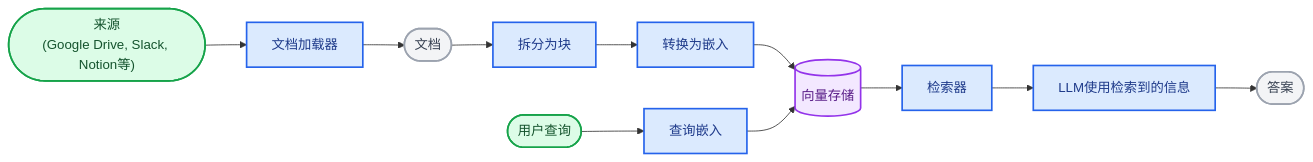
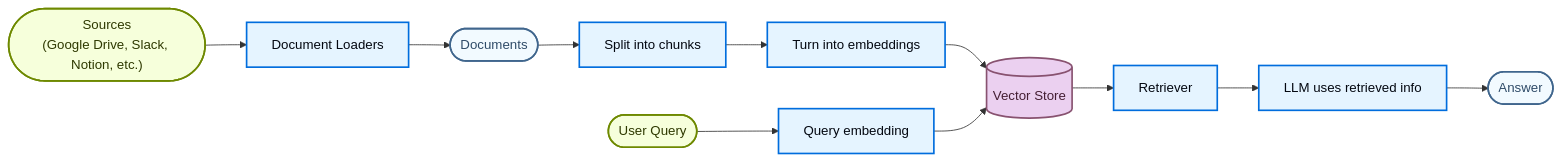
The first of 4 diagrams in oss/javascript/langchain/retrieval.mdx (kunfan96/cndocs-langchain), drawn with Mermaid before and after one commit. The commit also changed other lines of this file and 2538 other files, not shown here.

````diff
--- a/oss/javascript/langchain/retrieval.mdx
+++ b/oss/javascript/langchain/retrieval.mdx
@@ -46,23 +47,23 @@
 ```mermaid
 flowchart LR
-  S(["来源<br>(Google Drive, Slack, Notion等)"]) --> L[文档加载器]
-  L --> A([文档])
-  A --> B[拆分为块]
-  B --> C[转换为嵌入]
-  C --> D[(向量存储)]
-  Q([用户查询]) --> E[查询嵌入]
+  S(["Sources<br>(Google Drive, Slack, Notion, etc.)"]) --> L[Document Loaders]
+  L --> A([Documents])
+  A --> B[Split into chunks]
+  B --> C[Turn into embeddings]
+  C --> D[(Vector Store)]
+  Q([User Query]) --> E[Query embedding]
   E --> D
-  D --> F[检索器]
-  F --> G[LLM使用检索到的信息]
-  G --> H([答案])
+  D --> F[Retriever]
+  F --> G[LLM uses retrieved info]
+  G --> H([Answer])
 
-  classDef trigger fill:#DCFCE7,stroke:#16A34A,stroke-width:2px,color:#14532D
-  classDef process fill:#DBEAFE,stroke:#2563EB,stroke-width:2px,color:#1E3A8A
-  classDef output fill:#F3E8FF,stroke:#9333EA,stroke-width:2px,color:#581C87
-  classDef neutral fill:#F3F4F6,stroke:#9CA3AF,stroke-width:2px,color:#374151
+  classDef trigger fill:#F6FFDB,stroke:#6E8900,stroke-width:2px,color:#2E3900
+  classDef process fill:#E5F4FF,stroke:#006DDD,stroke-width:2px,color:#030710
+  classDef output fill:#EBD0F0,stroke:#885270,stroke-width:2px,color:#441E33
+  classDef neutral fill:#F2FAFF,stroke:#40668D,stroke-width:2px,color:#2F4B68
 
   class S,Q trigger
   class L,B,C,E,F,G process
   class D output
   class A,H neutral
 ```
````
